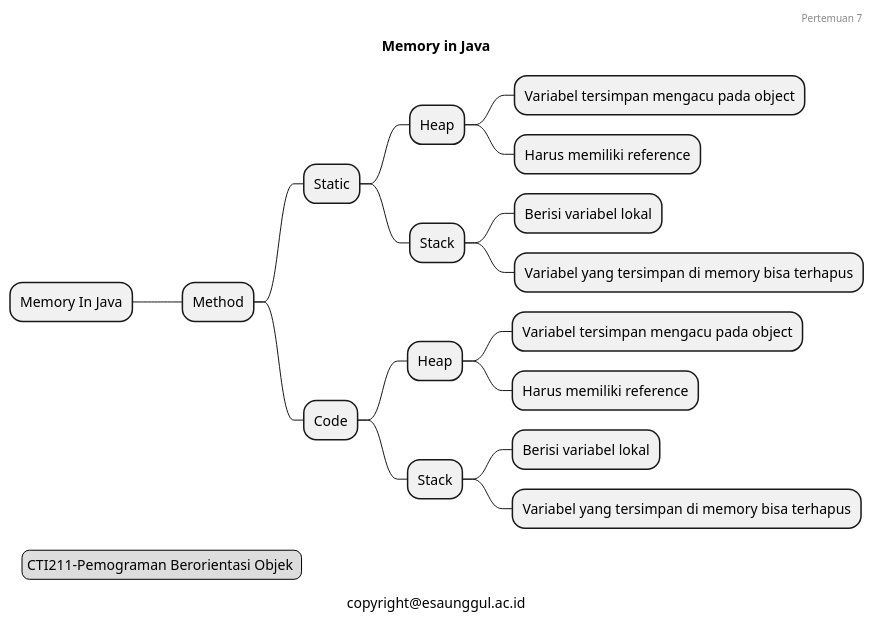
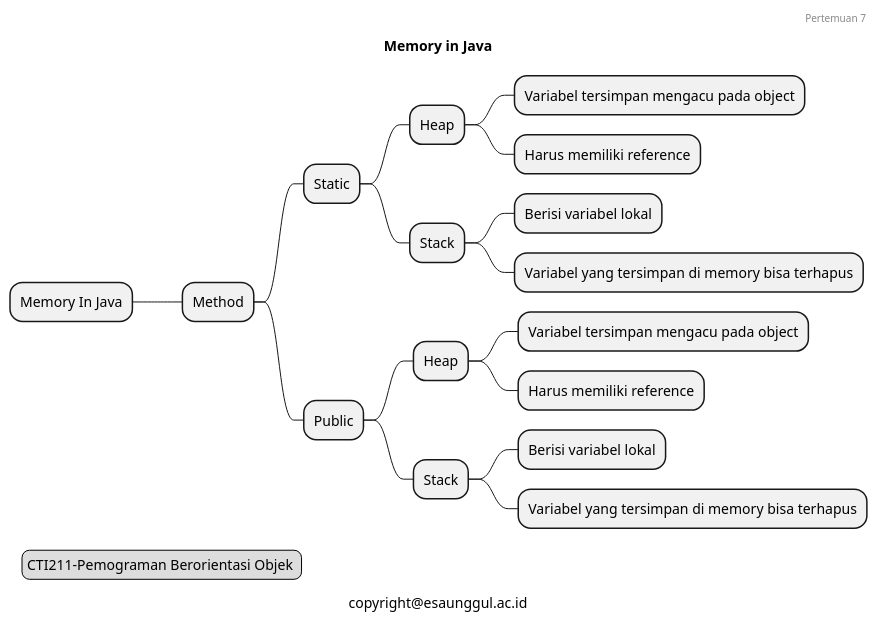
One commit to djambred/java changed the diagram in pert7/pert7.puml. Above: the diagram before and after it, drawn with PlantUML.

Commit message:
pertemuan 7

```diff
--- a/pert7/pert7.puml
+++ b/pert7/pert7.puml
@@ -1,29 +1,29 @@
 @startmindmap pert7
 
 * Memory In Java
 ** Method
 *** Static
 **** Heap
 ***** Variabel tersimpan mengacu pada object
 ***** Harus memiliki reference
 **** Stack
 ***** Berisi variabel lokal
 ***** Variabel yang tersimpan di memory bisa terhapus
-*** Code
+*** Public
 **** Heap
 ***** Variabel tersimpan mengacu pada object
 ***** Harus memiliki reference
 **** Stack
 ***** Berisi variabel lokal
 ***** Variabel yang tersimpan di memory bisa terhapus
 
 header 
 Pertemuan 7
 endheader
 title Memory in Java
 caption copyright@esaunggul.ac.id
 legend left
     CTI211-Pemograman Berorientasi Objek 
 endlegend
 
 @endmindmap
```
